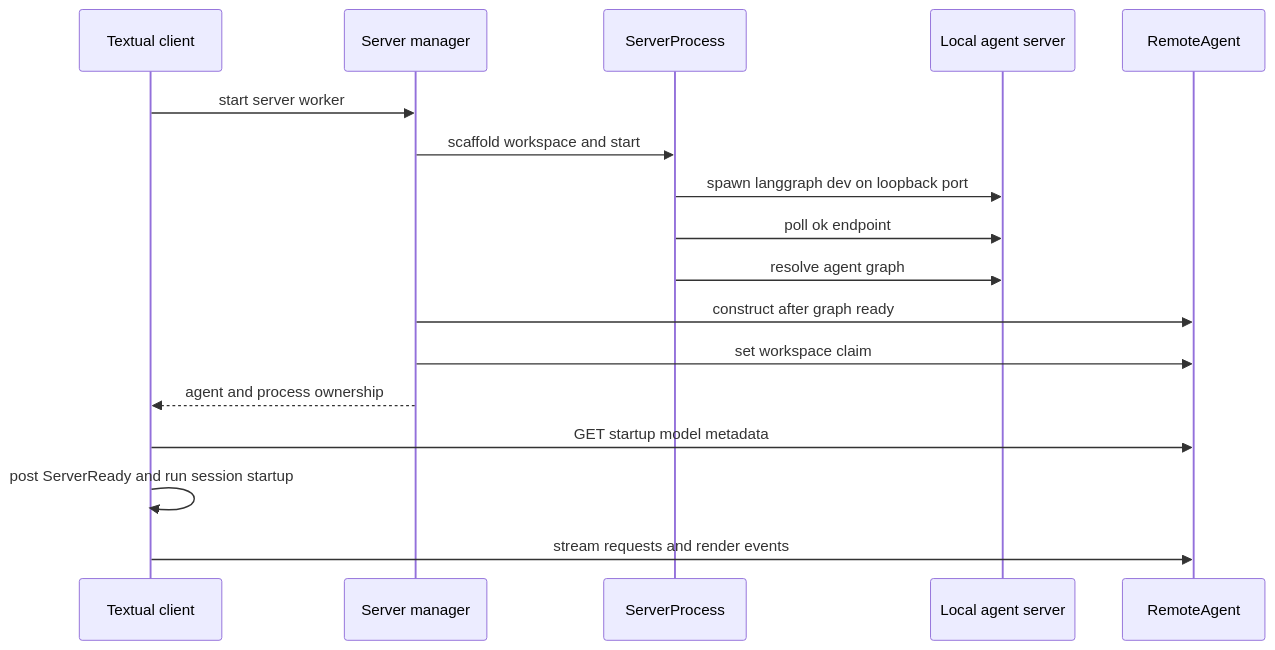
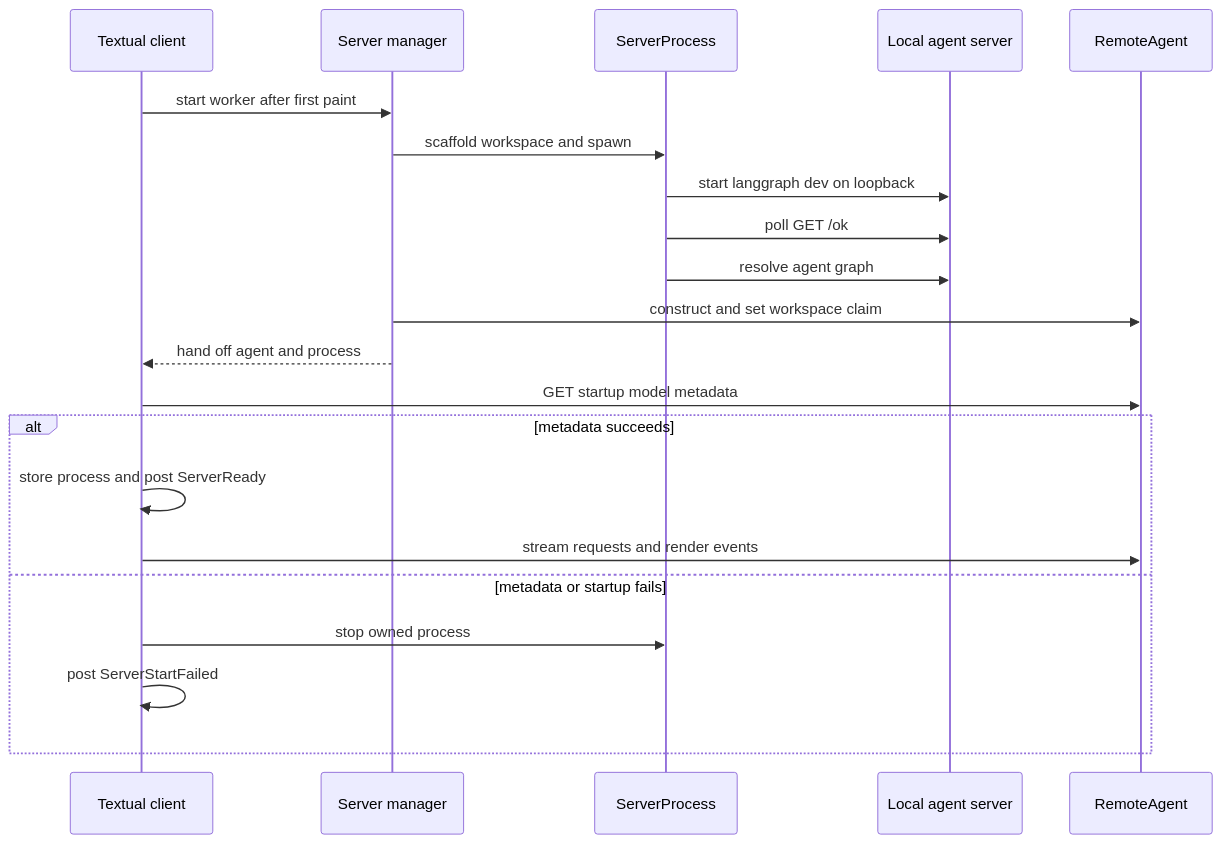
The first of 2 diagrams in openwiki/architecture/code-agent.md (langchain-ai/deepagents), drawn with Mermaid before and after one commit. The commit also changed other lines of this file and 63 other files, not shown here.

````diff
--- a/openwiki/architecture/code-agent.md
+++ b/openwiki/architecture/code-agent.md
@@ -76,19 +78,23 @@
 ```mermaid
 sequenceDiagram
     participant Client as Textual client
     participant Manager as Server manager
     participant Process as ServerProcess
     participant Server as Local agent server
     participant Remote as RemoteAgent
-    Client->>Manager: start server worker
-    Manager->>Process: scaffold workspace and start
-    Process->>Server: spawn langgraph dev on loopback port
-    Process->>Server: poll ok endpoint
+    Client->>Manager: start worker after first paint
+    Manager->>Process: scaffold workspace and spawn
+    Process->>Server: start langgraph dev on loopback
+    Process->>Server: poll GET /ok
     Process->>Server: resolve agent graph
-    Manager->>Remote: construct after graph ready
-    Manager->>Remote: set workspace claim
-    Manager-->>Client: agent and process ownership
+    Manager->>Remote: construct and set workspace claim
+    Manager-->>Client: hand off agent and process
     Client->>Remote: GET startup model metadata
-    Client->>Client: post ServerReady and run session startup
-    Client->>Remote: stream requests and render events
+    alt metadata succeeds
+        Client->>Client: store process and post ServerReady
+        Client->>Remote: stream requests and render events
+    else metadata or startup fails
+        Client->>Process: stop owned process
+        Client->>Client: post ServerStartFailed
+    end
 ```
````
